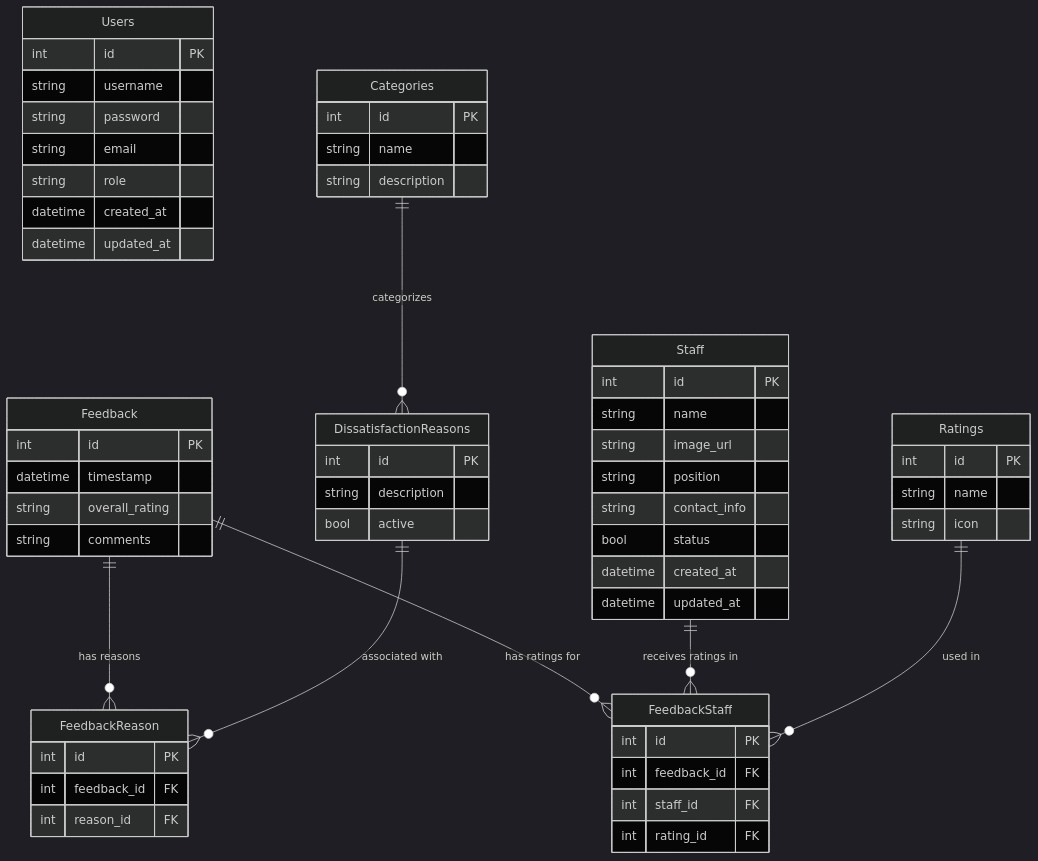
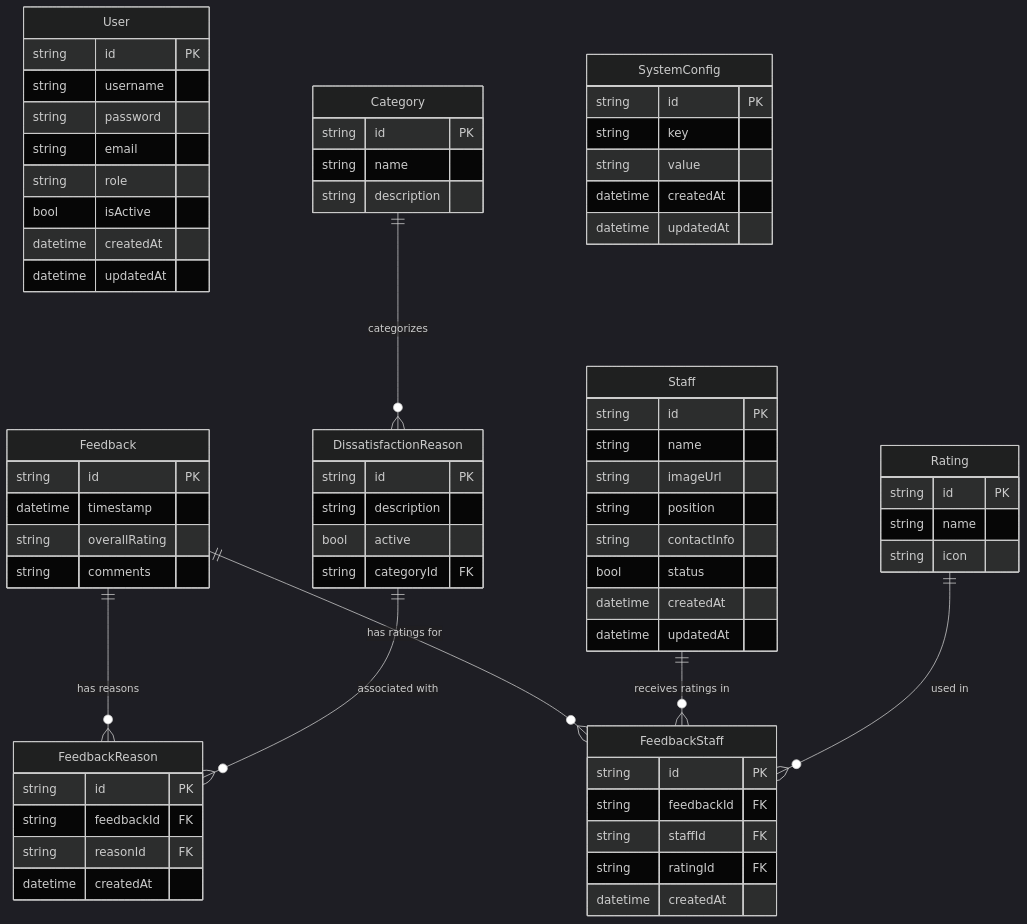
The diagram in ER_Diagram_Mermaid.md (cmmrox/customer-feedback), drawn with Mermaid (dark theme) before and after one commit. The commit also changed other lines of this file and 3 other files, not shown here.

First line of the commit message:
Update ER diagram and database schema for improved clarity and structure

````diff
--- a/ER_Diagram_Mermaid.md
+++ b/ER_Diagram_Mermaid.md
@@ -3,70 +3,82 @@
 ```mermaid
 erDiagram
-    Users {
-        int id PK
+    User {
+        string id PK
         string username
         string password
         string email
         string role
-        datetime created_at
-        datetime updated_at
+        bool isActive
+        datetime createdAt
+        datetime updatedAt
     }
     
     Staff {
-        int id PK
+        string id PK
         string name
-        string image_url
+        string imageUrl
         string position
-        string contact_info
+        string contactInfo
         bool status
-        datetime created_at
-        datetime updated_at
+        datetime createdAt
+        datetime updatedAt
     }
     
     Feedback {
-        int id PK
+        string id PK
         datetime timestamp
-        string overall_rating
+        string overallRating
         string comments
     }
     
-    Ratings {
-        int id PK
+    Rating {
+        string id PK
         string name
         string icon
     }
     
-    DissatisfactionReasons {
-        int id PK
-        string description
-        bool active
-    }
-    
-    FeedbackStaff {
-        int id PK
-        int feedback_id FK
-        int staff_id FK
-        int rating_id FK
-    }
-    
-    FeedbackReason {
-        int id PK
-        int feedback_id FK
-        int reason_id FK
-    }
-    
-    Categories {
-        int id PK
+    Category {
+        string id PK
         string name
         string description
     }
     
+    DissatisfactionReason {
+        string id PK
+        string description
+        bool active
+        string categoryId FK
+    }
+    
+    FeedbackStaff {
+        string id PK
+        string feedbackId FK
+        string staffId FK
+        string ratingId FK
+        datetime createdAt
+    }
+    
+    FeedbackReason {
+        string id PK
+        string feedbackId FK
+        string reasonId FK
+        datetime createdAt
+    }
+    
+    SystemConfig {
+        string id PK
+        string key
+        string value
+        datetime createdAt
+        datetime updatedAt
+    }
+    
     Feedback ||--o{ FeedbackStaff : "has ratings for"
     Staff ||--o{ FeedbackStaff : "receives ratings in"
-    Ratings ||--o{ FeedbackStaff : "used in"
+    Rating ||--o{ FeedbackStaff : "used in"
     
     Feedback ||--o{ FeedbackReason : "has reasons"
-    DissatisfactionReasons ||--o{ FeedbackReason : "associated with"
+    DissatisfactionReason ||--o{ FeedbackReason : "associated with"
     
-    Categories ||--o{ DissatisfactionReasons : "categorizes"
+    Category ||--o{ DissatisfactionReason : "categorizes"
 ```
````
